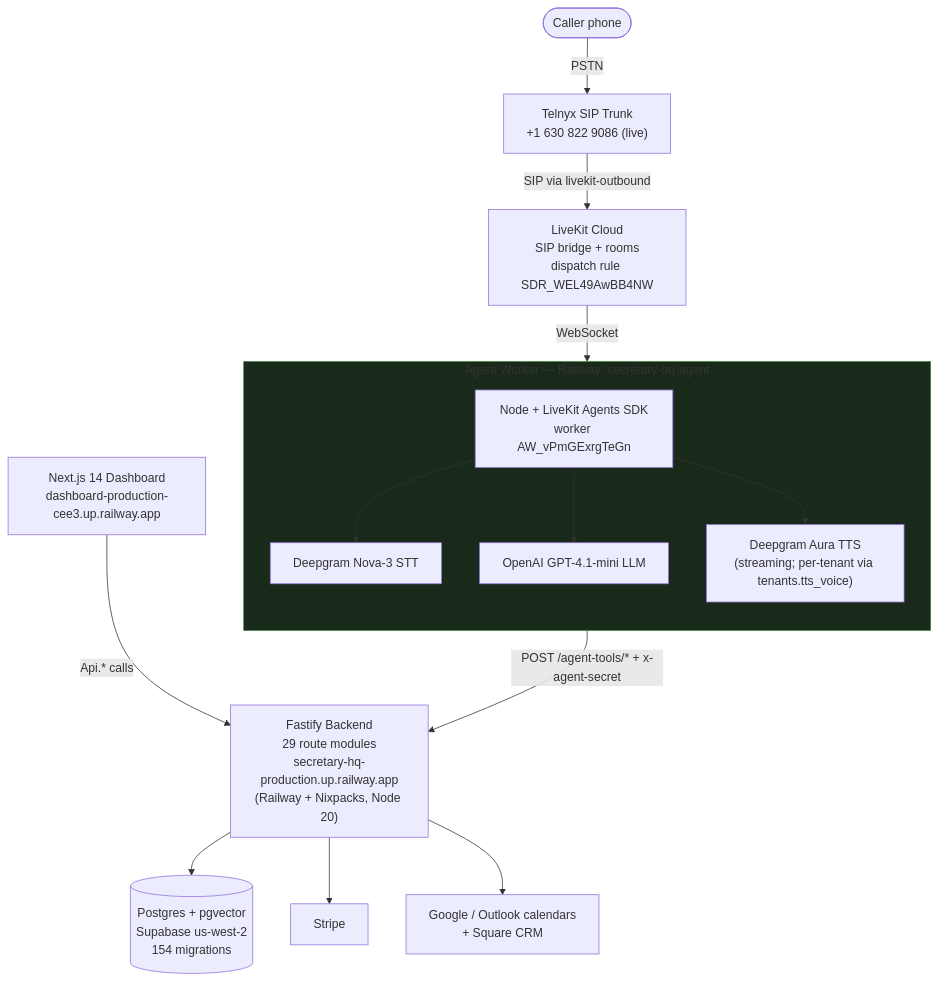
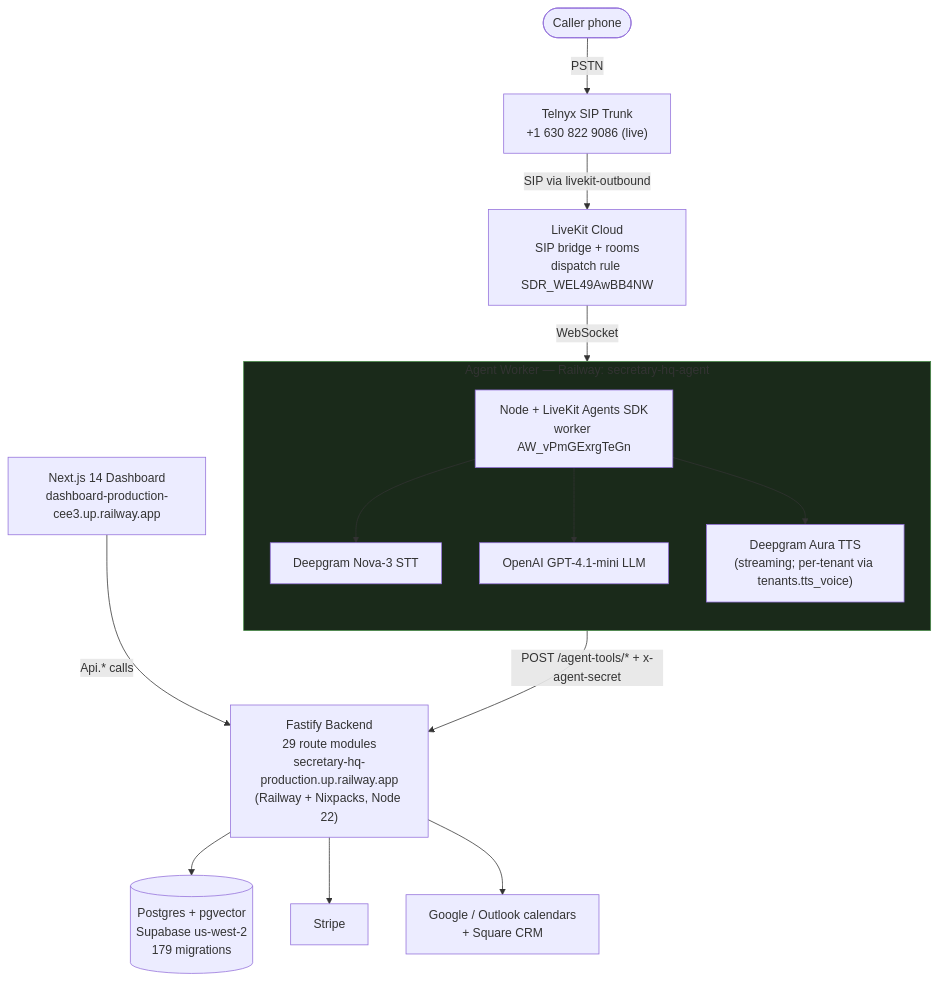
Before and after one commit to ddemott/ai-sec: the first of 12 diagrams in docs/DIAGRAMS.md, drawn with Mermaid. The commit also changed other lines of this file and 24 other files, not shown here.

````diff
--- a/docs/DIAGRAMS.md
+++ b/docs/DIAGRAMS.md
@@ -28,37 +28,37 @@
 ```mermaid
 flowchart TB
   Caller([Caller phone])
   Telnyx["Telnyx SIP Trunk<br/>+1 630 822 9086 (live)"]
   Caller -->|PSTN| Telnyx
 
   LiveKit["LiveKit Cloud<br/>SIP bridge + rooms<br/>dispatch rule SDR_WEL49AwBB4NW"]
   Telnyx -->|SIP via livekit-outbound| LiveKit
 
   subgraph agentBox["Agent Worker — Railway: secretary-hq-agent"]
     direction TB
     Agent["Node + LiveKit Agents SDK<br/>worker AW_vPmGExrgTeGn"]
     DG["Deepgram Nova-3 STT"]
     OAI["OpenAI GPT-4.1-mini LLM"]
     TTS["Deepgram Aura TTS<br/>(streaming; per-tenant via tenants.tts_voice)"]
     Agent --> DG
     Agent --> OAI
     Agent --> TTS
   end
 
   LiveKit -->|WebSocket| Agent
 
-  Fastify["Fastify Backend<br/>29 route modules<br/>secretary-hq-production.up.railway.app<br/>(Railway + Nixpacks, Node 20)"]
+  Fastify["Fastify Backend<br/>29 route modules<br/>secretary-hq-production.up.railway.app<br/>(Railway + Nixpacks, Node 22)"]
   Agent -->|POST /agent-tools/* + x-agent-secret| Fastify
 
-  Postgres[("Postgres + pgvector<br/>Supabase us-west-2<br/>154 migrations")]
+  Postgres[("Postgres + pgvector<br/>Supabase us-west-2<br/>179 migrations")]
   Stripe["Stripe"]
   Integrations["Google / Outlook calendars<br/>+ Square CRM"]
   Dashboard["Next.js 14 Dashboard<br/>dashboard-production-cee3.up.railway.app"]
 
   Fastify --> Postgres
   Fastify --> Stripe
   Fastify --> Integrations
   Dashboard -->|Api.* calls| Fastify
 
   style agentBox fill:#1a2a1a,stroke:#484
 ```
````
